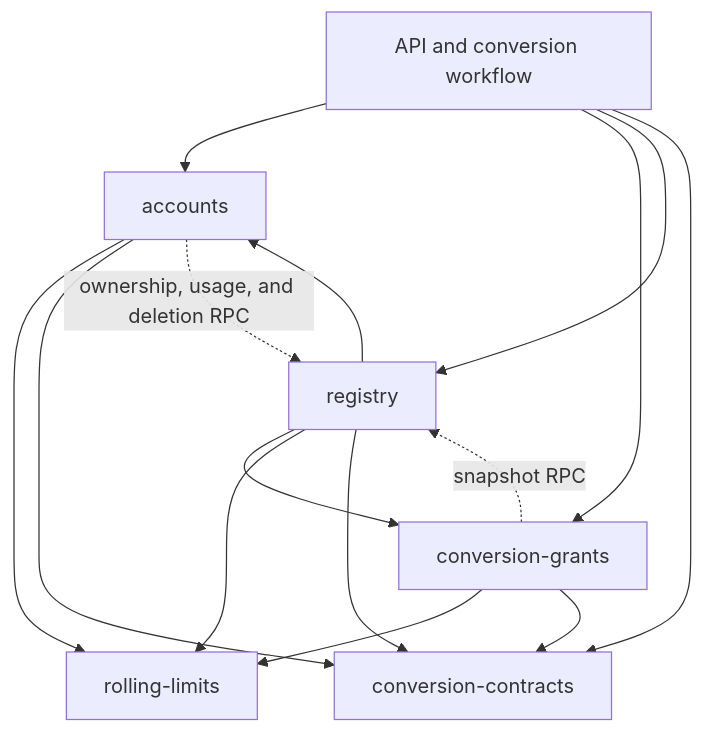
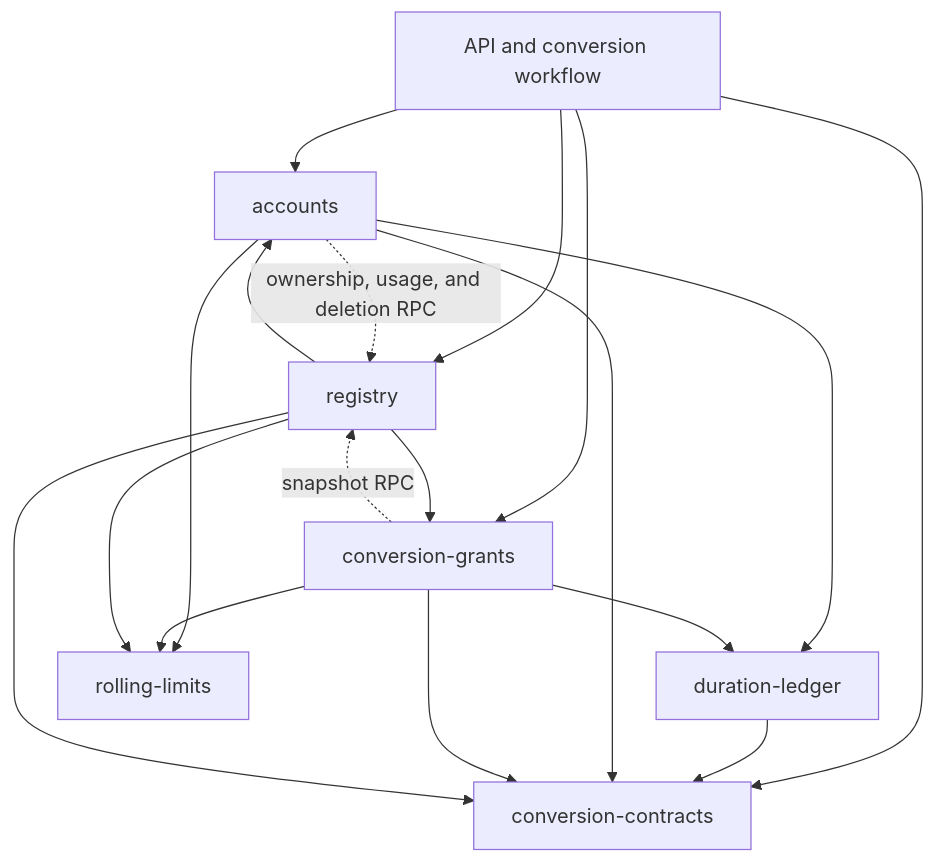
One commit to patricktree/cup changed the second of 2 diagrams in docs/architecture/README.md. Above: the diagram before and after it, drawn with Mermaid. The commit also changed other lines of this file and 13 other files, not shown here.

````diff
--- a/docs/architecture/README.md
+++ b/docs/architecture/README.md
@@ -62,17 +71,20 @@
 ```mermaid
 flowchart TD
     API[API and conversion workflow] --> Accounts[accounts]
     API --> Grants[conversion-grants]
     API --> Registry[registry]
     API --> Contracts[conversion-contracts]
     Registry --> Accounts
     Registry --> Grants
+    Accounts --> Ledger[duration-ledger]
+    Grants --> Ledger
+    Ledger --> Contracts
     Accounts --> Limits[rolling-limits]
     Grants --> Limits
     Registry --> Limits
     Accounts --> Contracts
     Grants --> Contracts
     Registry --> Contracts
     Accounts -. ownership, usage, and deletion RPC .-> Registry
     Grants -. snapshot RPC .-> Registry
 ```
````
